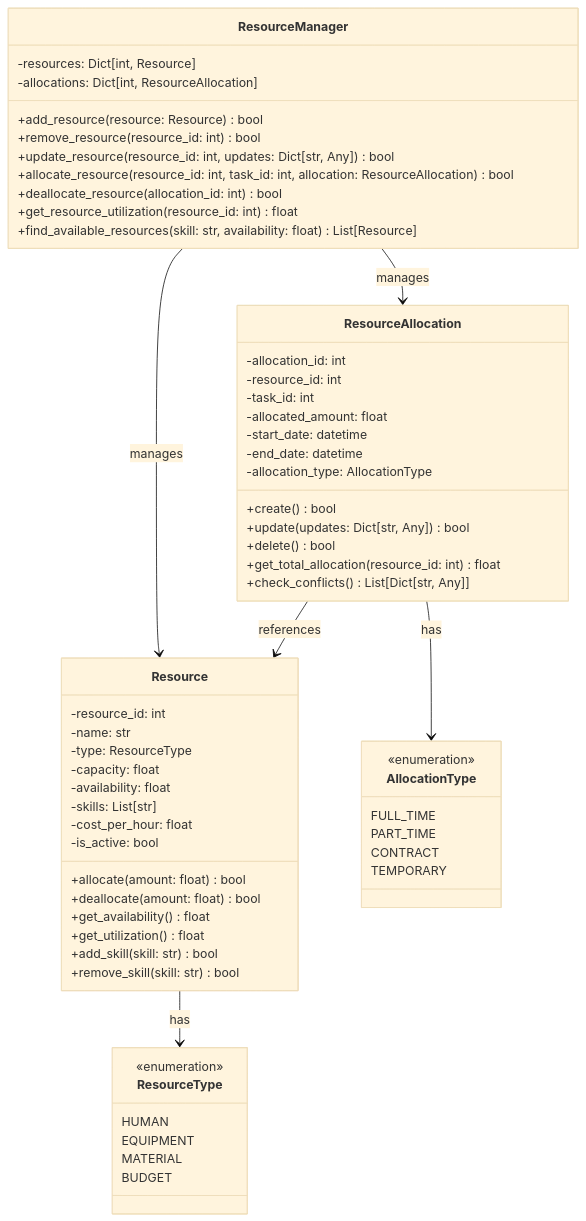
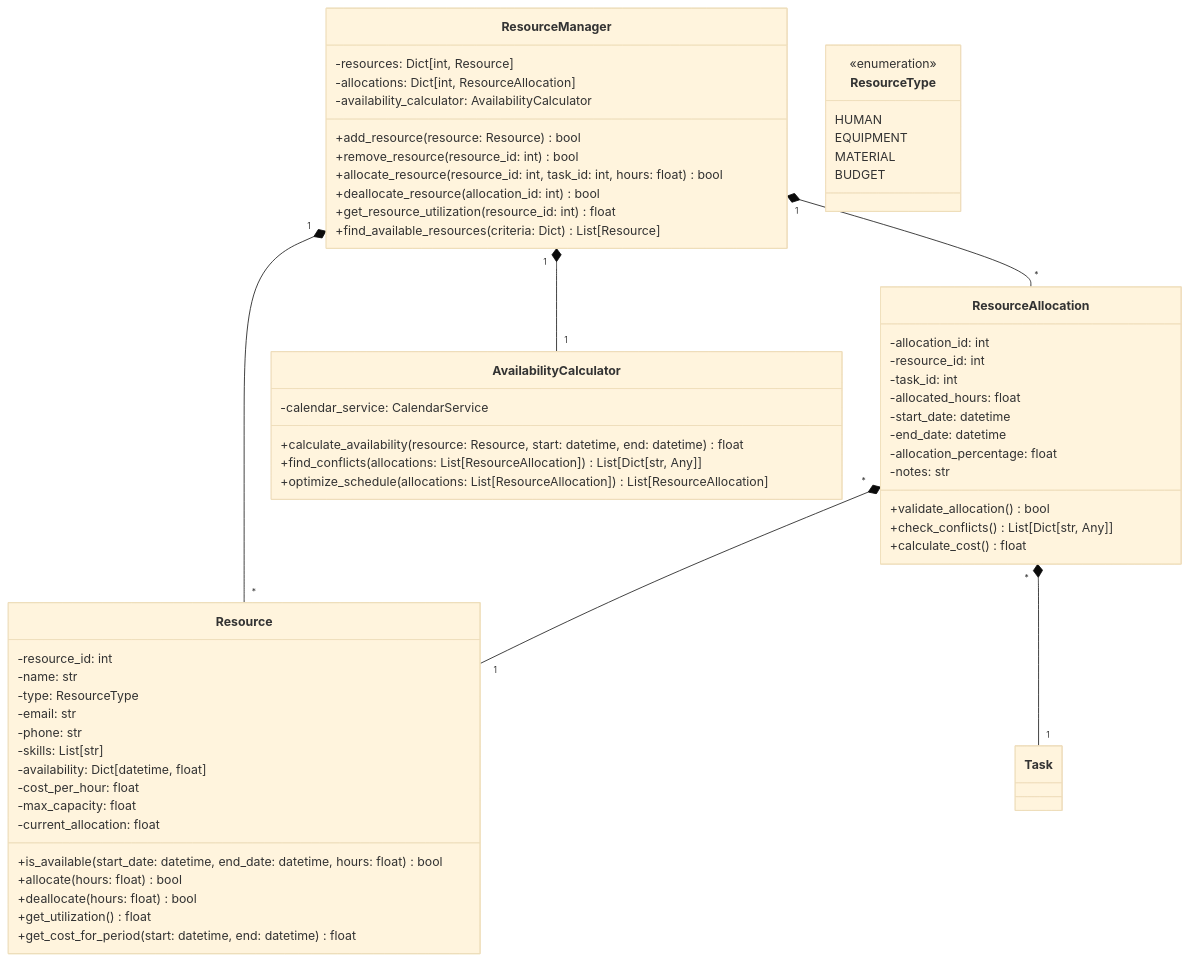
One commit to Shakour-Data/AutoProjectManagement changed the third of 7 diagrams in Docs/UML/Class_Diagrams/README.md. Above: the diagram before and after it, drawn with Mermaid (base theme). The commit also changed other lines of this file, not shown here.

Commit message:
📝 Update: Update Markdown doc Docs/UML/Class_Diagrams/README.md

````diff
--- a/Docs/UML/Class_Diagrams/README.md
+++ b/Docs/UML/Class_Diagrams/README.md
@@ -171,68 +202,67 @@
 ```mermaid
 classDiagram
+    class ResourceManager {
+        -resources: Dict[int, Resource]
+        -allocations: Dict[int, ResourceAllocation]
+        -availability_calculator: AvailabilityCalculator
+        +add_resource(resource: Resource) bool
+        +remove_resource(resource_id: int) bool
+        +allocate_resource(resource_id: int, task_id: int, hours: float) bool
+        +deallocate_resource(allocation_id: int) bool
+        +get_resource_utilization(resource_id: int) float
+        +find_available_resources(criteria: Dict) List[Resource]
+    }
+
     class Resource {
         -resource_id: int
         -name: str
         -type: ResourceType
-        -capacity: float
-        -availability: float
+        -email: str
+        -phone: str
         -skills: List[str]
+        -availability: Dict[datetime, float]
         -cost_per_hour: float
-        -is_active: bool
-        +allocate(amount: float) bool
-        +deallocate(amount: float) bool
-        +get_availability() float
+        -max_capacity: float
+        -current_allocation: float
+        +is_available(start_date: datetime, end_date: datetime, hours: float) bool
+        +allocate(hours: float) bool
+        +deallocate(hours: float) bool
         +get_utilization() float
-        +add_skill(skill: str) bool
-        +remove_skill(skill: str) bool
+        +get_cost_for_period(start: datetime, end: datetime) float
     }
 
     class ResourceType {
         <<enumeration>>
         HUMAN
         EQUIPMENT
         MATERIAL
         BUDGET
     }
 
     class ResourceAllocation {
         -allocation_id: int
         -resource_id: int
         -task_id: int
-        -allocated_amount: float
+        -allocated_hours: float
         -start_date: datetime
         -end_date: datetime
-        -allocation_type: AllocationType
-        +create() bool
-        +update(updates: Dict[str, Any]) bool
-        +delete() bool
-        +get_total_allocation(resource_id: int) float
+        -allocation_percentage: float
+        -notes: str
+        +validate_allocation() bool
         +check_conflicts() List[Dict[str, Any]]
+        +calculate_cost() float
     }
 
-    class AllocationType {
-        <<enumeration>>
-        FULL_TIME
-        PART_TIME
-        CONTRACT
-        TEMPORARY
+    class AvailabilityCalculator {
+        -calendar_service: CalendarService
+        +calculate_availability(resource: Resource, start: datetime, end: datetime) float
+        +find_conflicts(allocations: List[ResourceAllocation]) List[Dict[str, Any]]
+        +optimize_schedule(allocations: List[ResourceAllocation]) List[ResourceAllocation]
     }
 
-    class ResourceManager {
-        -resources: Dict[int, Resource]
-        -allocations: Dict[int, ResourceAllocation]
-        +add_resource(resource: Resource) bool
-        +remove_resource(resource_id: int) bool
-        +update_resource(resource_id: int, updates: Dict[str, Any]) bool
-        +allocate_resource(resource_id: int, task_id: int, allocation: ResourceAllocation) bool
-        +deallocate_resource(allocation_id: int) bool
-        +get_resource_utilization(resource_id: int) float
-        +find_available_resources(skill: str, availability: float) List[Resource]
-    }
-
-    Resource --> ResourceType : has
-    ResourceAllocation --> Resource : references
-    ResourceAllocation --> AllocationType : has
-    ResourceManager --> Resource : manages
-    ResourceManager --> ResourceAllocation : manages
+    ResourceManager "1" *-- "*" Resource
+    ResourceManager "1" *-- "*" ResourceAllocation
+    ResourceAllocation "*" *-- "1" Resource
+    ResourceAllocation "*" *-- "1" Task
+    ResourceManager "1" *-- "1" AvailabilityCalculator
 ```
````
